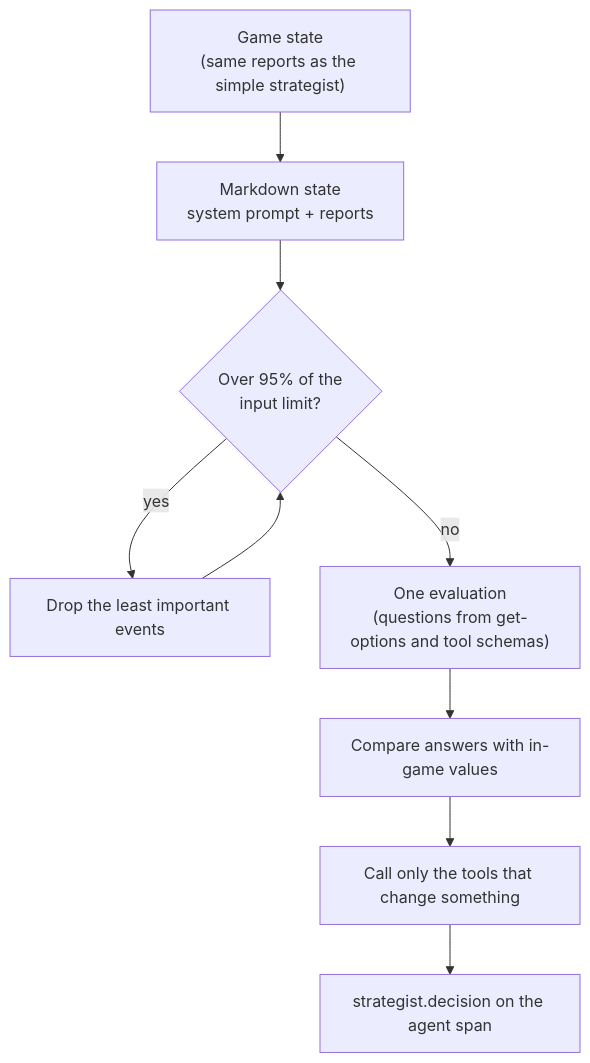
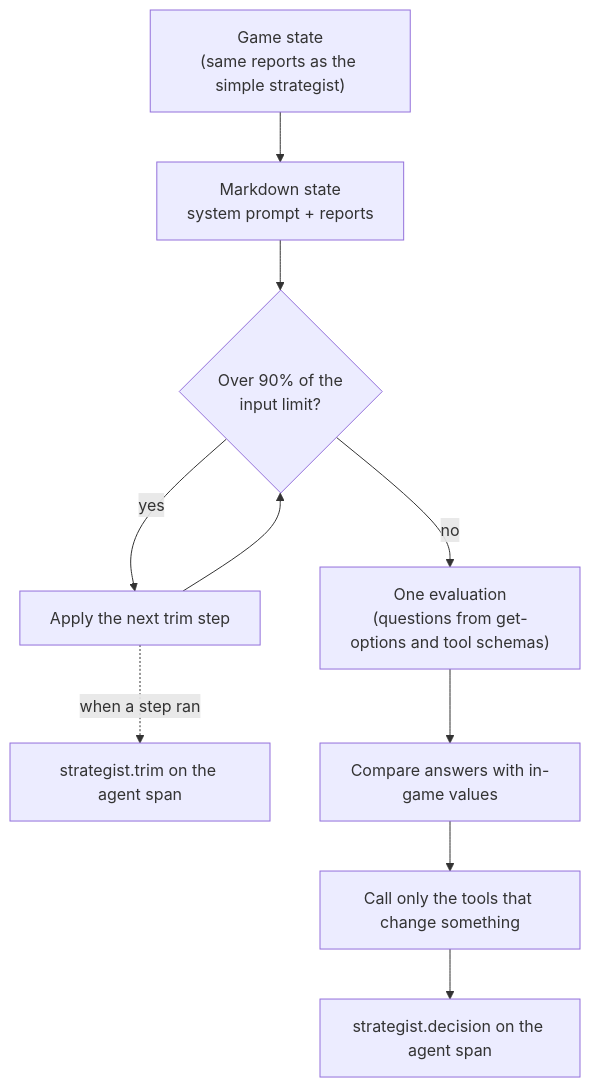
The second of 2 diagrams in docs/developers/vox-agents/evaluators.md (vox-deorum/vox-deorum), drawn with Mermaid before and after one commit. The commit also changed other lines of this file and 16 other files, not shown here.

````diff
--- a/docs/developers/vox-agents/evaluators.md
+++ b/docs/developers/vox-agents/evaluators.md
@@ -103,10 +103,11 @@
 ```mermaid
 flowchart TD
   A["Game state<br/>(same reports as the simple strategist)"] --> B["Markdown state<br/>system prompt + reports"]
-  B --> C{"Over 95% of the<br/>input limit?"}
-  C -->|yes| D["Drop the least important events"] --> C
+  B --> C{"Over 90% of the<br/>input limit?"}
+  C -->|yes| D["Apply the next trim step"] --> C
+  D -.->|when a step ran| T["strategist.trim on the agent span"]
   C -->|no| E["One evaluation<br/>(questions from get-options and tool schemas)"]
   E --> F["Compare answers with in-game values"]
   F --> G["Call only the tools that change something"]
   G --> H["strategist.decision on the agent span"]
 ```
````
